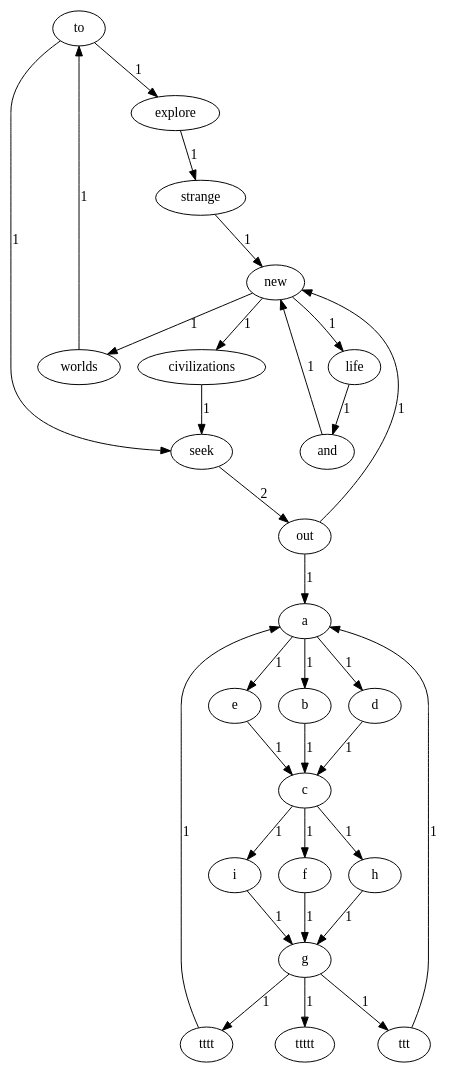
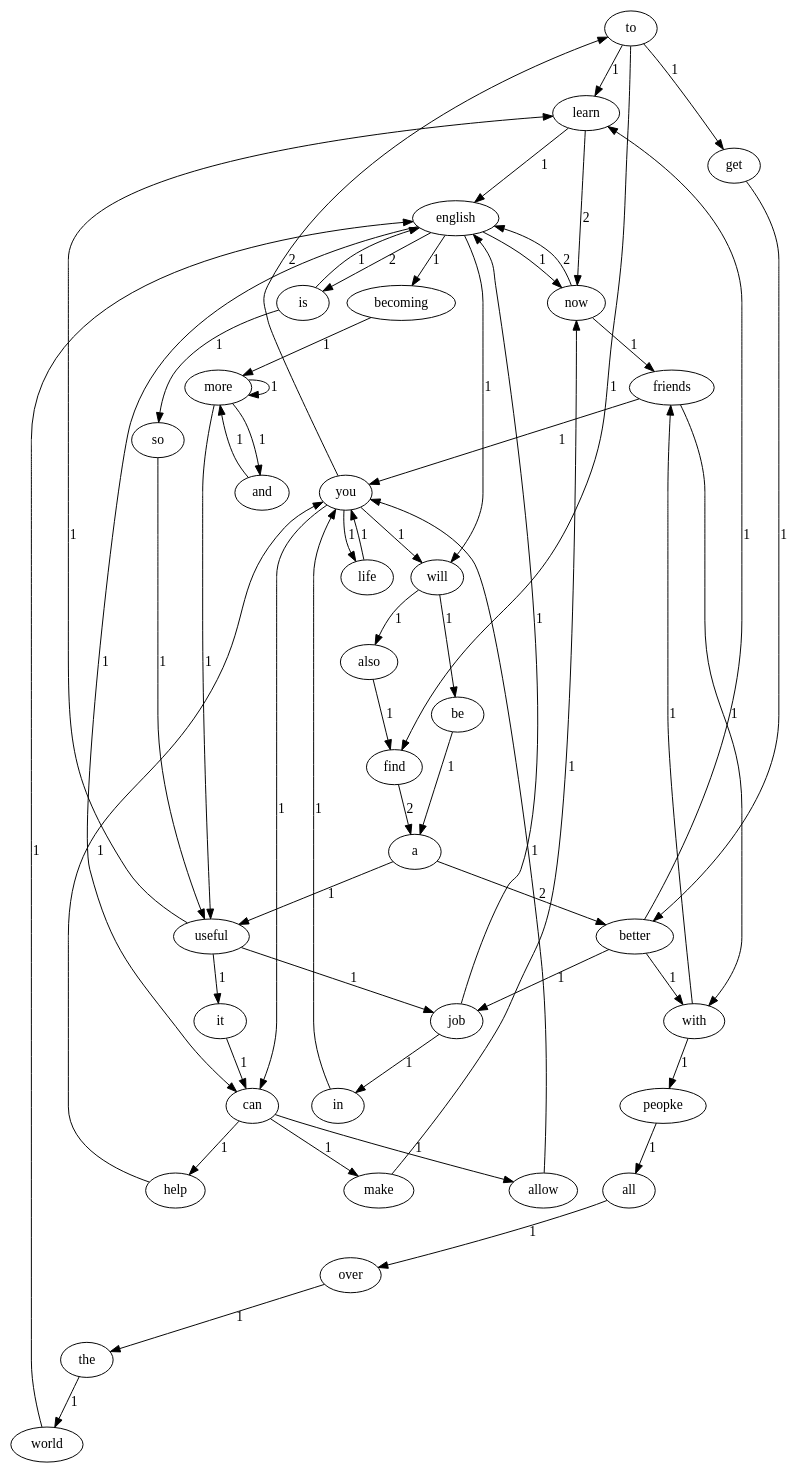
One commit to The-water-tree/Lab1-1 changed the diagram in lab1/file3.gv. Above: the diagram before and after it, drawn with Graphviz. The commit also changed 5 other files, not shown here.

```diff
--- a/lab1/file3.gv
+++ b/lab1/file3.gv
@@ -1,54 +1,92 @@
 digraph abc{to;
-explore;
-strange;
-new;
-worlds;
-seek;
-out;
+learn;
+english;
+now;
+is;
+becoming;
+more;
+and;
+useful;
+it;
+can;
+help;
+you;
+find;
+a;
+better;
+job;
+allow;
+get;
+with;
+friends;
+make;
+peopke;
+all;
+over;
+the;
+world;
+will;
+be;
+in;
 life;
-and;
-civilizations;
-a;
-b;
-c;
-f;
-g;
-ttt;
-d;
-h;
-tttt;
-e;
-i;
-ttttt;
-to -> explore [label = "1" ];
-to -> seek [label = "1" ];
-explore -> strange [label = "1" ];
-strange -> new [label = "1" ];
-new -> worlds [label = "1" ];
-new -> life [label = "1" ];
-new -> civilizations [label = "1" ];
-worlds -> to [label = "1" ];
-seek -> out [label = "2" ];
-out -> new [label = "1" ];
-out -> a [label = "1" ];
-life -> and [label = "1" ];
-and -> new [label = "1" ];
-civilizations -> seek [label = "1" ];
-a -> b [label = "1" ];
-a -> d [label = "1" ];
-a -> e [label = "1" ];
-b -> c [label = "1" ];
-c -> f [label = "1" ];
-c -> h [label = "1" ];
-c -> i [label = "1" ];
-f -> g [label = "1" ];
-g -> ttt [label = "1" ];
-g -> tttt [label = "1" ];
-g -> ttttt [label = "1" ];
-ttt -> a [label = "1" ];
-d -> c [label = "1" ];
-h -> g [label = "1" ];
-tttt -> a [label = "1" ];
-e -> c [label = "1" ];
-i -> g [label = "1" ];
+also;
+so;
+to -> learn [label = "1" ];
+to -> find [label = "1" ];
+to -> get [label = "1" ];
+learn -> english [label = "1" ];
+learn -> now [label = "2" ];
+english -> now [label = "1" ];
+english -> is [label = "2" ];
+english -> becoming [label = "1" ];
+english -> can [label = "1" ];
+english -> will [label = "1" ];
+now -> english [label = "2" ];
+now -> friends [label = "1" ];
+is -> english [label = "1" ];
+is -> so [label = "1" ];
+becoming -> more [label = "1" ];
+more -> and [label = "1" ];
+more -> more [label = "1" ];
+more -> useful [label = "1" ];
+and -> more [label = "1" ];
+useful -> it [label = "1" ];
+useful -> job [label = "1" ];
+useful -> learn [label = "1" ];
+it -> can [label = "1" ];
+can -> help [label = "1" ];
+can -> allow [label = "1" ];
+can -> make [label = "1" ];
+help -> you [label = "1" ];
+you -> to [label = "2" ];
+you -> can [label = "1" ];
+you -> life [label = "1" ];
+you -> will [label = "1" ];
+find -> a [label = "2" ];
+a -> better [label = "2" ];
+a -> useful [label = "1" ];
+better -> job [label = "1" ];
+better -> with [label = "1" ];
+better -> learn [label = "1" ];
+job -> english [label = "1" ];
+job -> in [label = "1" ];
+allow -> you [label = "1" ];
+get -> better [label = "1" ];
+with -> friends [label = "1" ];
+with -> peopke [label = "1" ];
+friends -> you [label = "1" ];
+friends -> with [label = "1" ];
+make -> now [label = "1" ];
+peopke -> all [label = "1" ];
+all -> over [label = "1" ];
+over -> the [label = "1" ];
+the -> world [label = "1" ];
+world -> english [label = "1" ];
+will -> be [label = "1" ];
+will -> also [label = "1" ];
+be -> a [label = "1" ];
+in -> you [label = "1" ];
+life -> you [label = "1" ];
+also -> find [label = "1" ];
+so -> useful [label = "1" ];
 }
```
